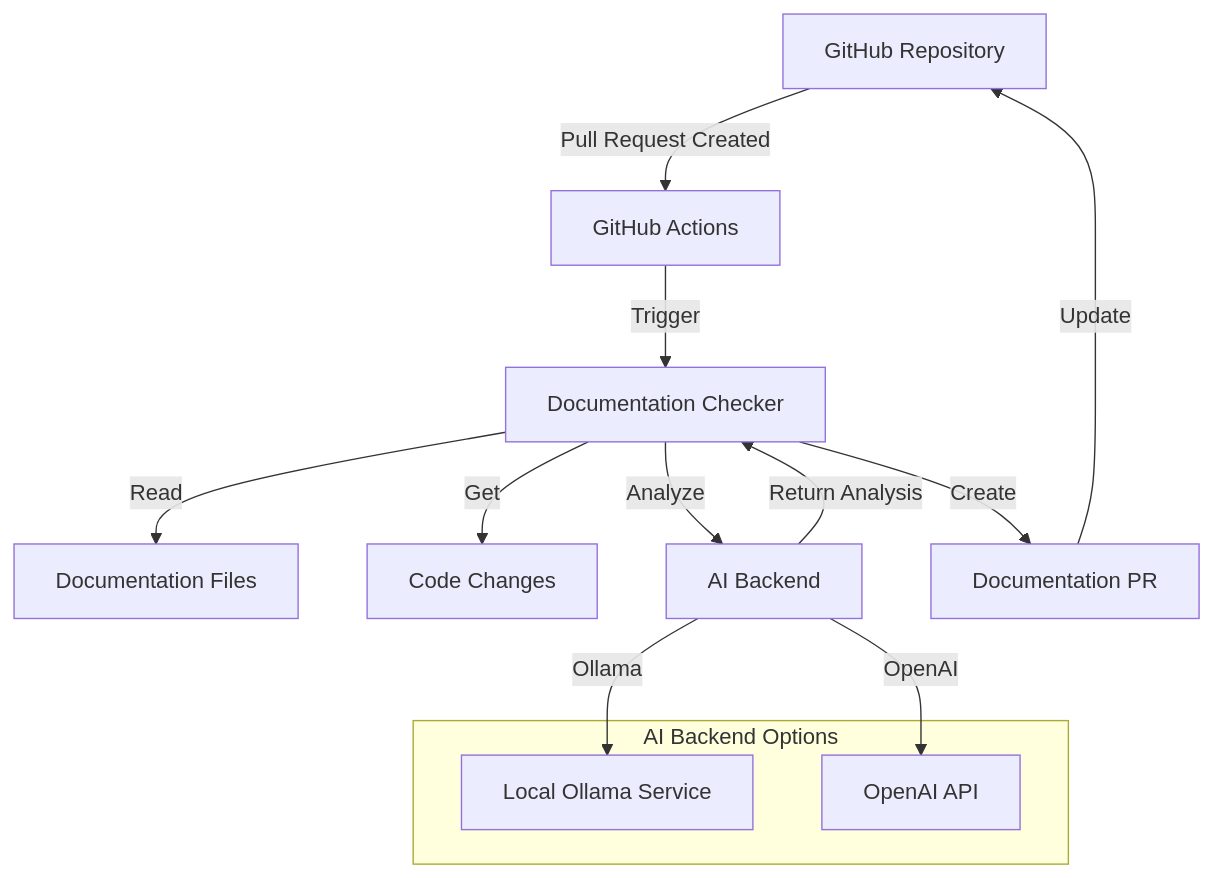
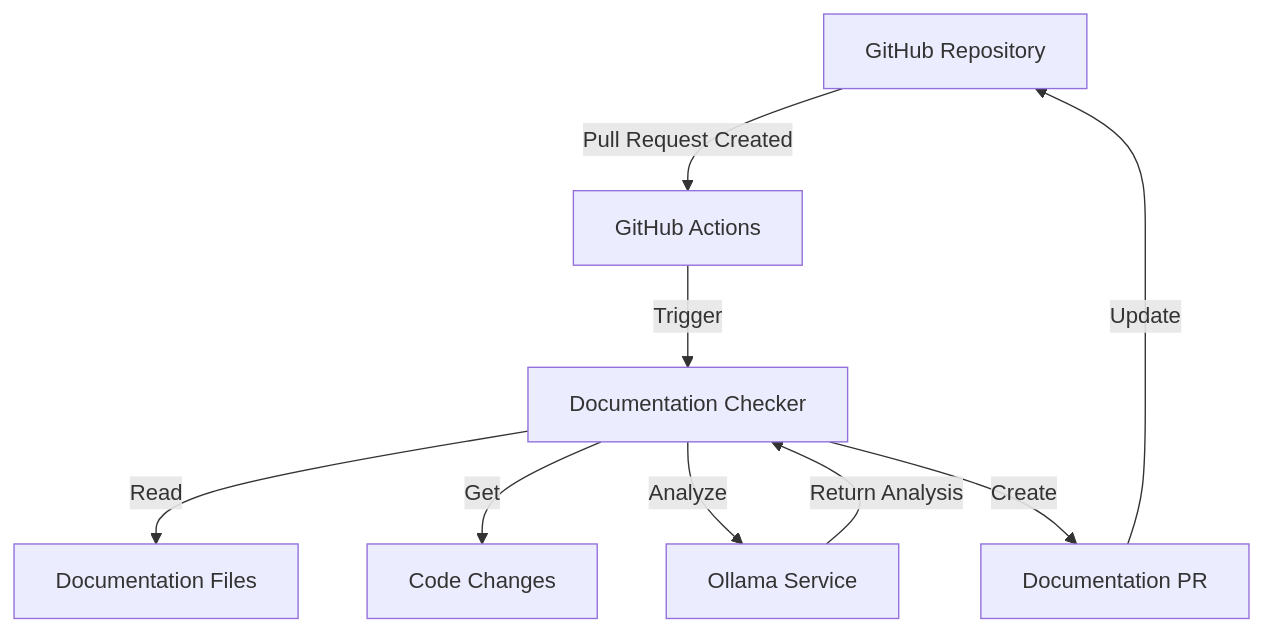
The diagram in README.md (thekubernaut/DocTor), drawn with Mermaid before and after one commit. The commit also changed other lines of this file and 1 other file, not shown here.

Commit message:
Make Ollama the exclusive backend and remove OpenAI as an option

````diff
--- a/README.md
+++ b/README.md
@@ -7,18 +7,11 @@
 ```mermaid
 graph TD
     A[GitHub Repository] -->|Pull Request Created| B[GitHub Actions]
     B -->|Trigger| C[Documentation Checker]
     C -->|Read| D[Documentation Files]
     C -->|Get| E[Code Changes]
-    C -->|Analyze| F[AI Backend]
-    F -->|Ollama| H[Local Ollama Service]
-    F -->|OpenAI| G[OpenAI API]
+    C -->|Analyze| F[Ollama Service]
     F -->|Return Analysis| C
     C -->|Create| I[Documentation PR]
     I -->|Update| A
-
-    subgraph AI Backend Options
-        H
-        G
-    end
 ```
````
